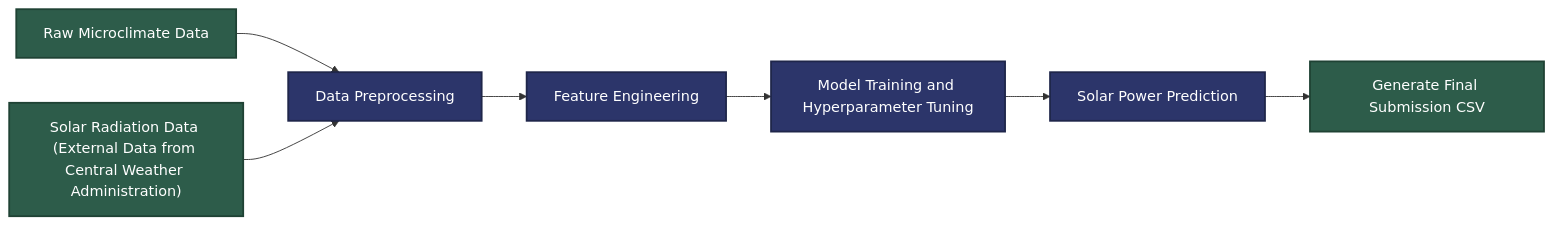
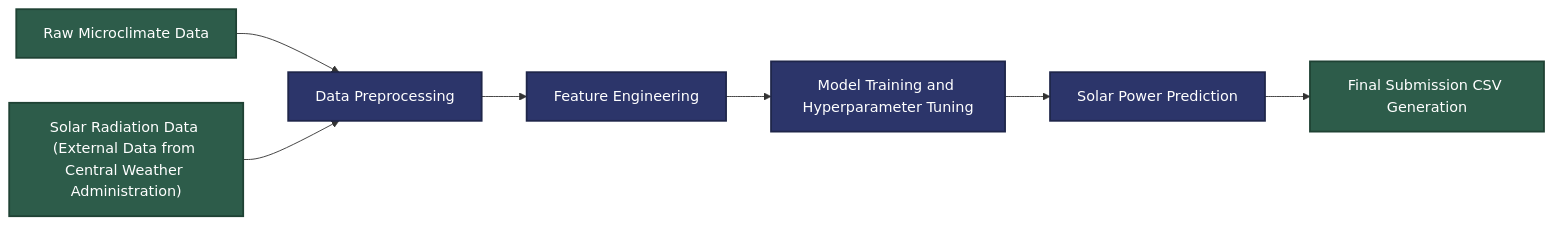
One commit to schaof/AI-Cup-2024-Power-Prediction changed the diagram in README.md. Above: the diagram before and after it, drawn with Mermaid.

````diff
--- a/README.md
+++ b/README.md
@@ -5,19 +5,19 @@
 ```mermaid
 graph LR
         A["Raw Microclimate Data"]
         B["Solar Radiation Data (External Data from Central Weather Administration)"]
         A --> C["Data Preprocessing"]
         B --> C
         C --> D["Feature Engineering"]
         D --> E["Model Training and Hyperparameter Tuning"]
         E --> F["Solar Power Prediction"]
-        F --> G["Generate Final Submission CSV"]
+        F --> G["Final Submission CSV Generation"]
 
 %% 視覺設定：定義企業級深色主題 (深色背景 + 白字避免無法閱讀)
         classDef premiumBlue fill:#2C356A,stroke:#1F264A,stroke-width:2px,color:#ffffff
         classDef premiumGreen fill:#2D5C4A,stroke:#1F4234,stroke-width:2px,color:#ffffff
 
         %% 套用配色：主流程使用藍色，最終產出使用綠色
         class C,D,E,F premiumBlue
         class A,B,G premiumGreen
 ```
````
